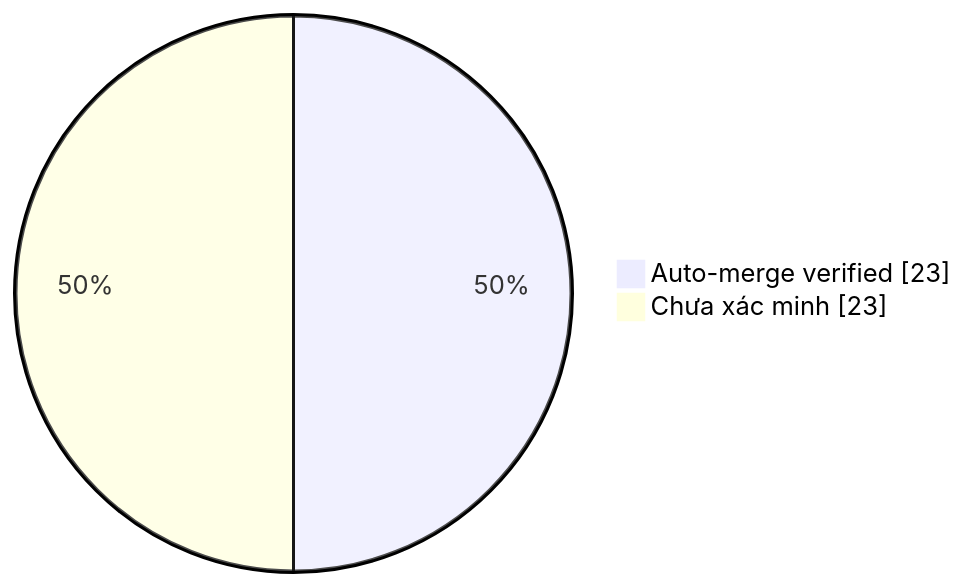
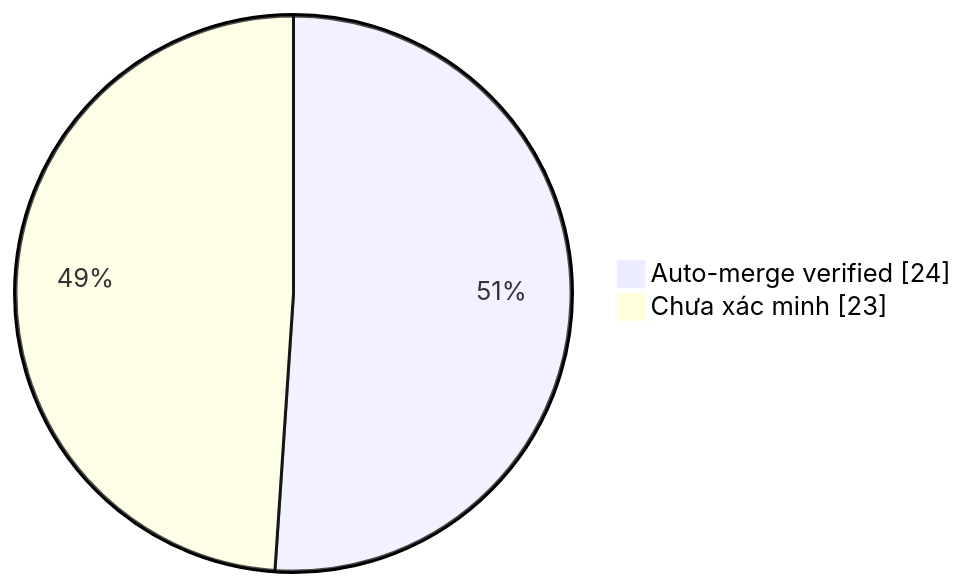
One commit to duykhang68/tetdinhmuiblog changed the diagram in collector.md. Above: the diagram before and after it, drawn with Mermaid. The commit also changed other lines of this file and 1 other file, not shown here.

Commit message:
docs(collector): update auto-merge evidence dashboard

````diff
--- a/collector.md
+++ b/collector.md
@@ -22,5 +22,5 @@
 ```mermaid
 pie showData
-    "Auto-merge verified" : 23
+    "Auto-merge verified" : 24
     "Chưa xác minh" : 23
 ```
````
